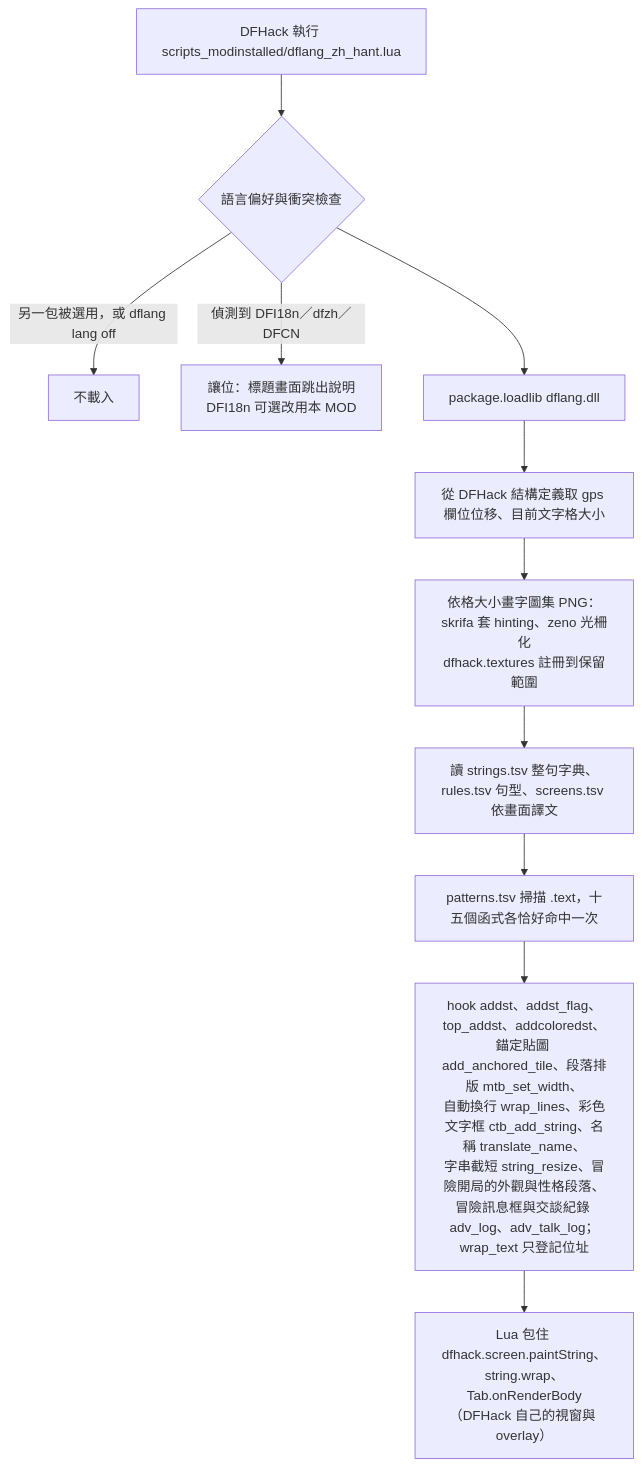
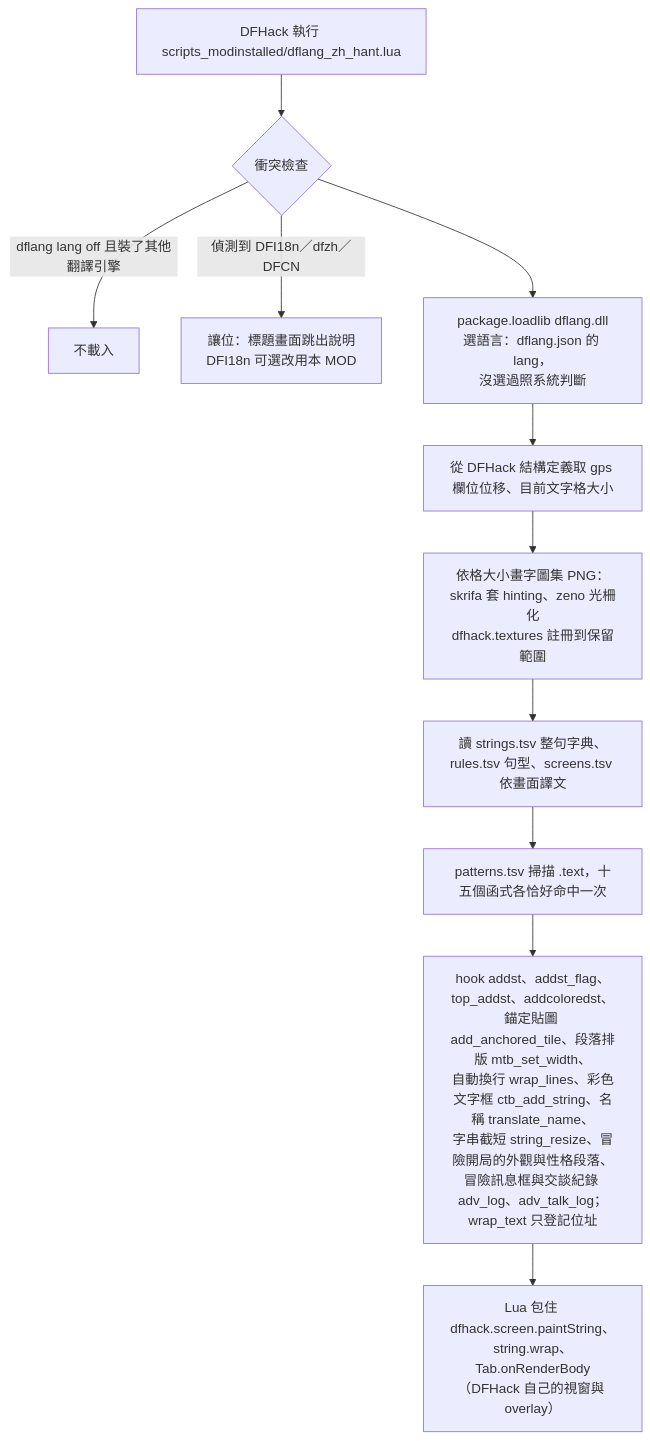
One commit to Minidoracat/MinidoracatDFLang changed the diagram in docs/analysis.md. Above: the diagram before and after it, drawn with Mermaid. The commit also changed other lines of this file and 31 other files, not shown here.

````diff
--- a/docs/analysis.md
+++ b/docs/analysis.md
@@ -48,13 +48,13 @@
 ```mermaid
 flowchart TD
-  A[DFHack 執行 scripts_modinstalled/dflang_zh_hant.lua] --> B{語言偏好與衝突檢查}
-  B -->|另一包被選用，或 dflang lang off| X[不載入]
+  A[DFHack 執行 scripts_modinstalled/dflang_zh_hant.lua] --> B{衝突檢查}
+  B -->|dflang lang off 且裝了其他翻譯引擎| X[不載入]
   B -->|偵測到 DFI18n／dfzh／DFCN| Y[讓位：標題畫面跳出說明<br>DFI18n 可選改用本 MOD]
-  B --> C[package.loadlib dflang.dll]
+  B --> C[package.loadlib dflang.dll<br>選語言：dflang.json 的 lang，<br>沒選過照系統判斷]
   C --> D[從 DFHack 結構定義取 gps 欄位位移、目前文字格大小]
   D --> E[依格大小畫字圖集 PNG：skrifa 套 hinting、zeno 光柵化<br>dfhack.textures 註冊到保留範圍]
   E --> F[讀 strings.tsv 整句字典、rules.tsv 句型、screens.tsv 依畫面譯文]
   F --> G[patterns.tsv 掃描 .text，十五個函式各恰好命中一次]
   G --> H[hook addst、addst_flag、top_addst、addcoloredst、<br>錨定貼圖 add_anchored_tile、段落排版 mtb_set_width、<br>自動換行 wrap_lines、彩色文字框 ctb_add_string、名稱 translate_name、<br>字串截短 string_resize、冒險開局的外觀與性格段落、<br>冒險訊息框與交談紀錄 adv_log、adv_talk_log；wrap_text 只登記位址]
   H --> I[Lua 包住 dfhack.screen.paintString、<br>string.wrap、Tab.onRenderBody<br>（DFHack 自己的視窗與 overlay）]
 ```
````
